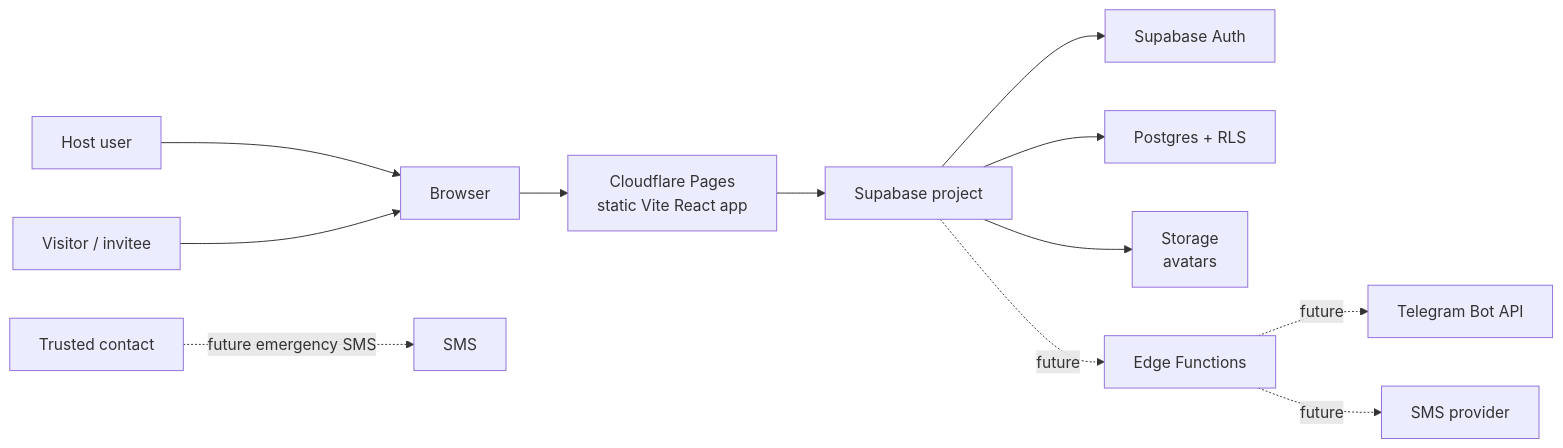
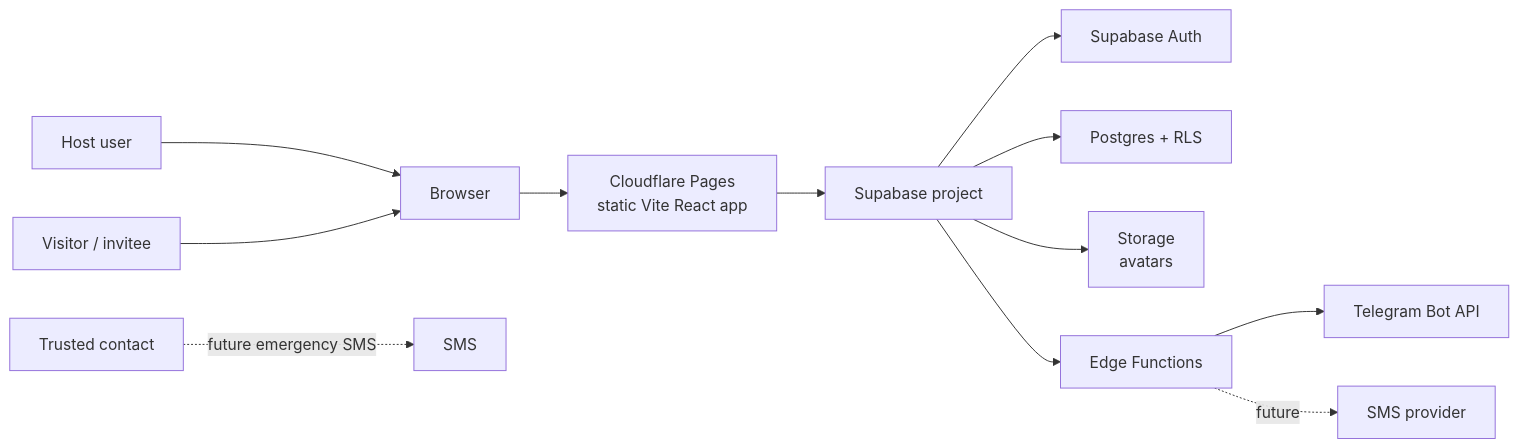
One commit to ihvou/uinviteme changed the first of 4 diagrams in docs/architecture.md. Above: the diagram before and after it, drawn with Mermaid. The commit also changed other lines of this file and 8 other files, not shown here.

````diff
--- a/docs/architecture.md
+++ b/docs/architecture.md
@@ -7,17 +7,17 @@
 ```mermaid
 flowchart LR
   host["Host user"] --> browser["Browser"]
   visitor["Visitor / invitee"] --> browser
   trusted["Trusted contact"] -. future emergency SMS .-> smscontact["SMS"]
 
   browser --> pages["Cloudflare Pages<br/>static Vite React app"]
   pages --> supabase["Supabase project"]
 
   supabase --> auth["Supabase Auth"]
   supabase --> db["Postgres + RLS"]
   supabase --> storage["Storage<br/>avatars"]
-  supabase -. future .-> functions["Edge Functions"]
+  supabase --> functions["Edge Functions"]
 
-  functions -. future .-> botapi["Telegram Bot API"]
+  functions --> botapi["Telegram Bot API"]
   functions -. future .-> sms["SMS provider"]
 ```
````
